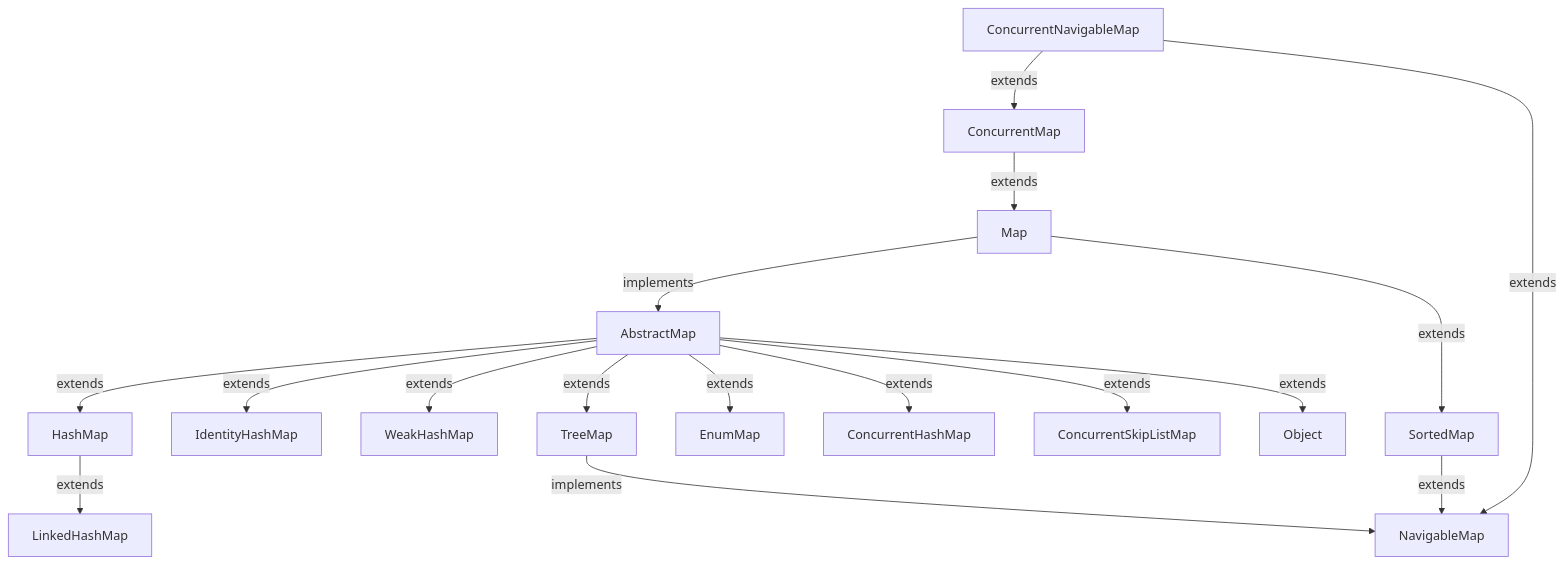
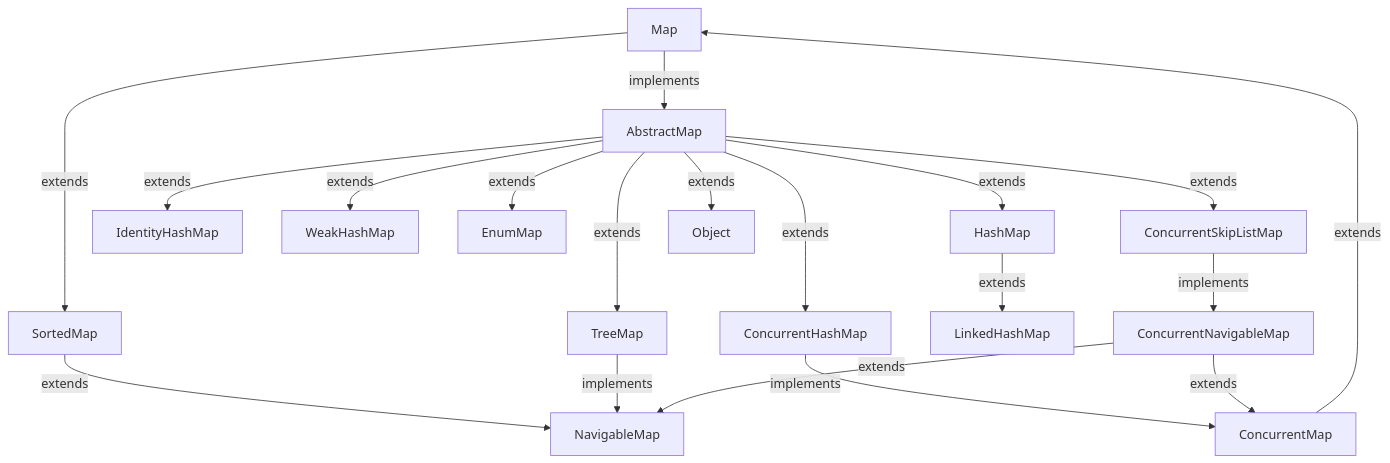
Before and after one commit to AvinandanBose/Java-Collections-Map: the third of 8 diagrams in README.md, drawn with Mermaid.

````diff
--- a/README.md
+++ b/README.md
@@ -782,20 +782,22 @@
 ```mermaid
  
  graph TD;
     Map-->|implements| AbstractMap;
     AbstractMap-->|extends| HashMap;
     AbstractMap-->|extends| IdentityHashMap;
     AbstractMap-->|extends| WeakHashMap;
     AbstractMap-->|extends| TreeMap;
     AbstractMap-->|extends| EnumMap;
     AbstractMap-->|extends| ConcurrentHashMap;
     AbstractMap-->|extends| ConcurrentSkipListMap;
     AbstractMap-->|extends| Object;
+    ConcurrentHashMap-->|implements| ConcurrentMap;
+    ConcurrentSkipListMap-->|implements| ConcurrentNavigableMap;
     HashMap-->|extends| LinkedHashMap; 
     ConcurrentMap-->|extends| Map;
     Map-->|extends| SortedMap;
     SortedMap-->|extends| NavigableMap;
     TreeMap-->|implements| NavigableMap;
     ConcurrentNavigableMap-->|extends| ConcurrentMap;
     ConcurrentNavigableMap-->|extends| NavigableMap;
  ```
````
